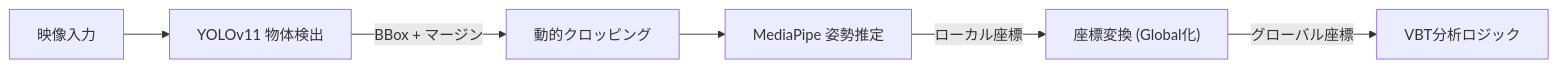
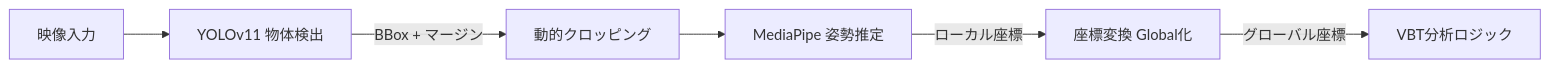
The third of 4 diagrams in README.md (Hk22064/barbel_tracker), drawn with Mermaid before and after one commit. The commit also changed other lines of this file, not shown here.

Commit message:
Fix: Remove parentheses from Mermaid labels to strictly resolve syntax errors

````diff
--- a/README.md
+++ b/README.md
@@ -120,8 +120,8 @@
 ```mermaid
 graph LR
     Input["映像入力"] --> YOLO["YOLOv11 物体検出"]
     YOLO -->|"BBox + マージン"| Crop["動的クロッピング"]
     Crop --> MP["MediaPipe 姿勢推定"]
-    MP -->|"ローカル座標"| Transform["座標変換 (Global化)"]
+    MP -->|"ローカル座標"| Transform["座標変換 Global化"]
     Transform -->|"グローバル座標"| Analyzer["VBT分析ロジック"]
 ```
````
